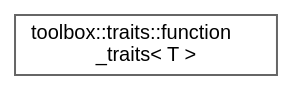
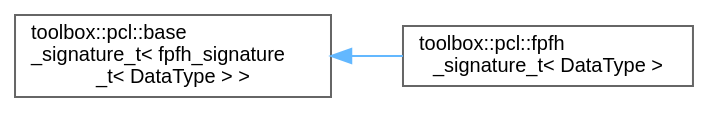
The diagram in inherit_graph_67.dot (nerdneilsfield/cpp-toolbox), drawn with Graphviz before and after one commit. The commit also changed 527 other files, not shown here.

```diff
--- a/inherit_graph_67.dot
+++ b/inherit_graph_67.dot
@@ -1,9 +1,11 @@
 digraph "Graphical Class Hierarchy"
 {
  // LATEX_PDF_SIZE
   bgcolor="transparent";
   edge [fontname=Helvetica,fontsize=10,labelfontname=Helvetica,labelfontsize=10];
   node [fontname=Helvetica,fontsize=10,shape=box,height=0.2,width=0.4];
   rankdir="LR";
-  Node0 [id="Node000000",label="toolbox::traits::function\l_traits\< T \>",height=0.2,width=0.4,color="grey40", fillcolor="white", style="filled",URL="$structtoolbox_1_1traits_1_1function__traits.html",tooltip="函数特征基础模板/Function traits base template"];
+  Node0 [id="Node000000",label="toolbox::pcl::base\l_signature_t\< fpfh_signature\l_t\< DataType \> \>",height=0.2,width=0.4,color="grey40", fillcolor="white", style="filled",URL="$structtoolbox_1_1pcl_1_1base__signature__t.html",tooltip=" "];
+  Node0 -> Node1 [id="edge62_Node000000_Node000001",dir="back",color="steelblue1",style="solid",tooltip=" "];
+  Node1 [id="Node000001",label="toolbox::pcl::fpfh\l_signature_t\< DataType \>",height=0.2,width=0.4,color="grey40", fillcolor="white", style="filled",URL="$structtoolbox_1_1pcl_1_1fpfh__signature__t.html",tooltip="FPFH (Fast Point Feature Histogram) signature."];
 }
```
